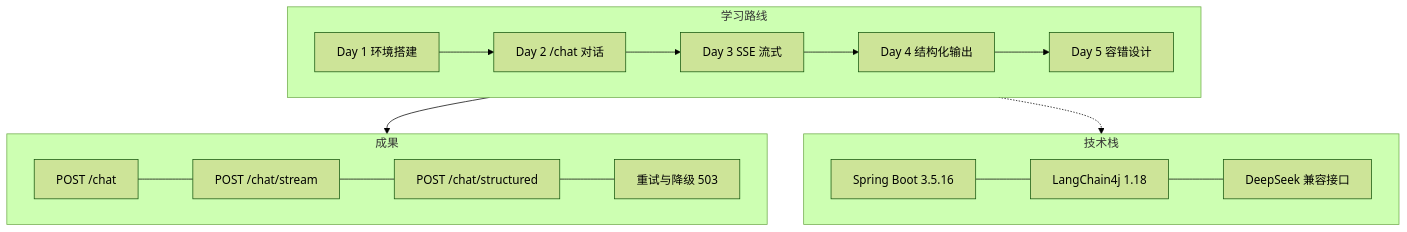
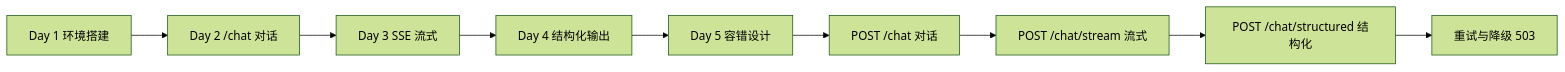
The diagram in 01-每周学习/Week-01-LLM应用开发基础/周总结.md (cgllzl/learning-ai-agent), drawn with Mermaid (forest theme) before and after one commit. The commit also changed other lines of this file and 2 other files, not shown here.

Commit message:
fix: Week1 汇总图改英文文件名真 PNG + mermaid 改最兼容写法

````diff
--- a/01-每周学习/Week-01-LLM应用开发基础/周总结.md
+++ b/01-每周学习/Week-01-LLM应用开发基础/周总结.md
@@ -9,26 +9,12 @@
 ```mermaid
-flowchart TB
-    subgraph 学习路线
-        direction LR
-        D1[Day 1 环境搭建] --> D2[Day 2 /chat 对话]
-        D2 --> D3[Day 3 SSE 流式]
-        D3 --> D4[Day 4 结构化输出]
-        D4 --> D5[Day 5 容错设计]
-    end
 
-    subgraph 技术栈
-        direction LR
-        T1[Spring Boot 3.5.16] --- T2[LangChain4j 1.18]
-        T2 --- T3[DeepSeek 兼容接口]
-    end
-
-    subgraph 成果
-        direction LR
-        R1[POST /chat] --- R2[POST /chat/stream]
-        R2 --- R3[POST /chat/structured]
-        R3 --- R4[重试与降级 503]
-    end
-
-    D5 --> 成果
-    学习路线 -.-> 技术栈
+flowchart LR
+    D1["Day 1 环境搭建"] --> D2["Day 2 /chat 对话"]
+    D2 --> D3["Day 3 SSE 流式"]
+    D3 --> D4["Day 4 结构化输出"]
+    D4 --> D5["Day 5 容错设计"]
+    D5 --> R1["POST /chat 对话"]
+    R1 --> R2["POST /chat/stream 流式"]
+    R2 --> R3["POST /chat/structured 结构化"]
+    R3 --> R4["重试与降级 503"]
 ```
````
